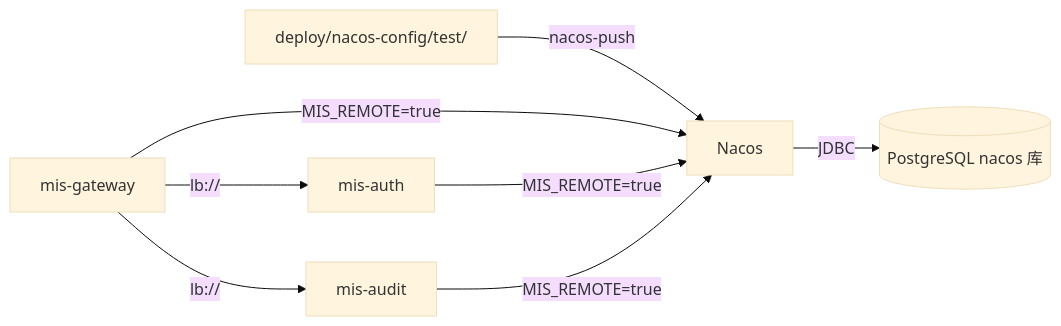
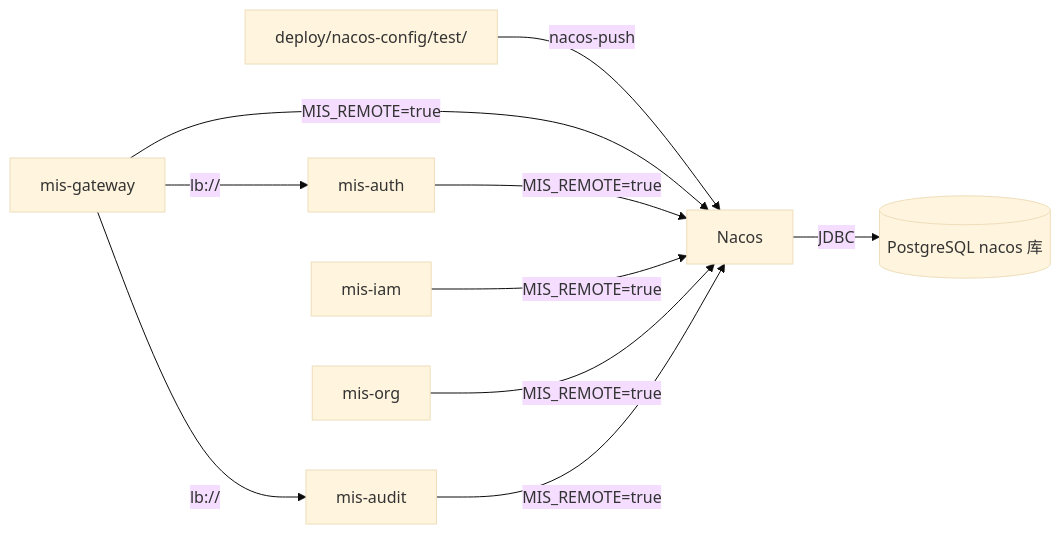
The diagram in docs/devops/test-deploy.md (13961588612/mis-platform), drawn with Mermaid (base theme) before and after one commit. The commit also changed other lines of this file and 30 other files, not shown here.

Commit message:
模块整理 mis-org+mis-user->mis-org mis-rabs->mis-iam  mis-api->mis-system

````diff
--- a/docs/devops/test-deploy.md
+++ b/docs/devops/test-deploy.md
@@ -9,10 +9,12 @@
 ```mermaid
 flowchart LR
     Git["deploy/nacos-config/test/"] -->|nacos-push| Nacos
     Nacos -->|JDBC| PG[("PostgreSQL nacos 库")]
     GW[mis-gateway] -->|MIS_REMOTE=true| Nacos
     Auth[mis-auth] -->|MIS_REMOTE=true| Nacos
+    IAM[mis-iam] -->|MIS_REMOTE=true| Nacos
+    Org[mis-org] -->|MIS_REMOTE=true| Nacos
     Audit[mis-audit] -->|MIS_REMOTE=true| Nacos
     GW -->|lb://| Auth
     GW -->|lb://| Audit
 ```
````
